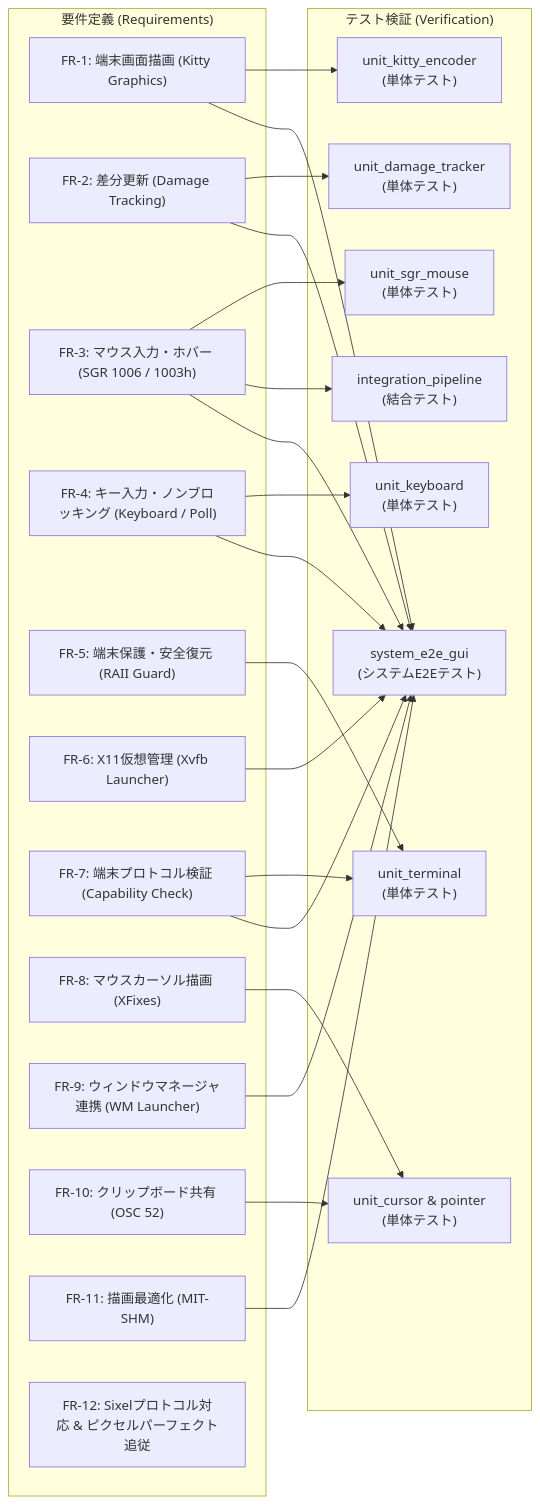
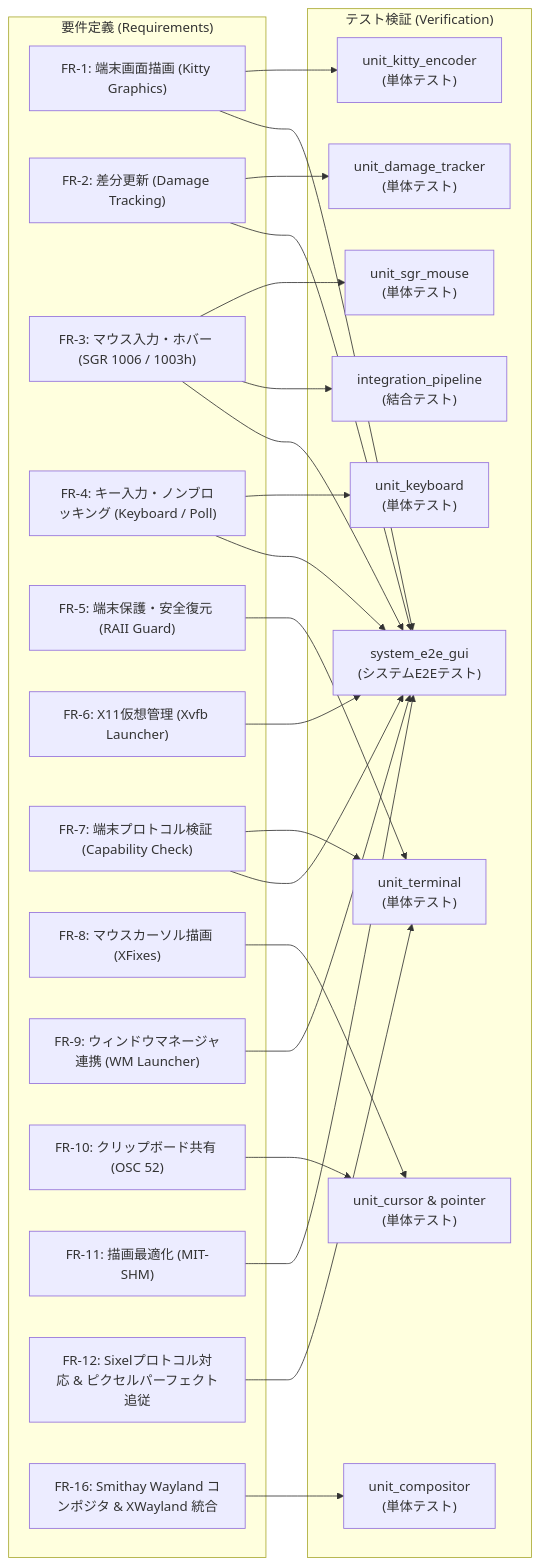
Before and after one commit to totatake/termway: the diagram in docs/SPECIFICATION.md, drawn with Mermaid. The commit also changed other lines of this file, not shown here.

Commit message:
docs(spec): document FR-16 Wayland compositor & XWayland integration and update test log to 34 tests

````diff
--- a/docs/SPECIFICATION.md
+++ b/docs/SPECIFICATION.md
@@ -9,46 +9,50 @@
 ```mermaid
 flowchart LR
     subgraph Requirements["要件定義 (Requirements)"]
         FR1["FR-1: 端末画面描画 (Kitty Graphics)"]
         FR2["FR-2: 差分更新 (Damage Tracking)"]
         FR3["FR-3: マウス入力・ホバー (SGR 1006 / 1003h)"]
         FR4["FR-4: キー入力・ノンブロッキング (Keyboard / Poll)"]
         FR5["FR-5: 端末保護・安全復元 (RAII Guard)"]
         FR6["FR-6: X11仮想管理 (Xvfb Launcher)"]
         FR7["FR-7: 端末プロトコル検証 (Capability Check)"]
         FR8["FR-8: マウスカーソル描画 (XFixes)"]
         FR9["FR-9: ウィンドウマネージャ連携 (WM Launcher)"]
         FR10["FR-10: クリップボード共有 (OSC 52)"]
         FR11["FR-11: 描画最適化 (MIT-SHM)"]
         FR12["FR-12: Sixelプロトコル対応 & ピクセルパーフェクト追従"]
+        FR16["FR-16: Smithay Wayland コンポジタ & XWayland 統合"]
     end
 
     subgraph Verification["テスト検証 (Verification)"]
         T_Sys["system_e2e_gui<br/>(システムE2Eテスト)"]
         T_Integ["integration_pipeline<br/>(結合テスト)"]
         T_Mouse["unit_sgr_mouse<br/>(単体テスト)"]
         T_Kitty["unit_kitty_encoder<br/>(単体テスト)"]
         T_Term["unit_terminal<br/>(単体テスト)"]
         T_Damage["unit_damage_tracker<br/>(単体テスト)"]
         T_Key["unit_keyboard<br/>(単体テスト)"]
         T_Cursor["unit_cursor & pointer<br/>(単体テスト)"]
+        T_Comp["unit_compositor<br/>(単体テスト)"]
     end
 
     FR1 --> T_Kitty
     FR1 --> T_Sys
     FR2 --> T_Damage
     FR2 --> T_Sys
     FR3 --> T_Mouse
     FR3 --> T_Integ
     FR3 --> T_Sys
     FR4 --> T_Key
     FR4 --> T_Sys
     FR5 --> T_Term
     FR6 --> T_Sys
     FR7 --> T_Term
     FR7 --> T_Sys
     FR8 --> T_Cursor
     FR9 --> T_Sys
     FR10 --> T_Cursor
     FR11 --> T_Sys
+    FR12 --> T_Term
+    FR16 --> T_Comp
 ```
````
